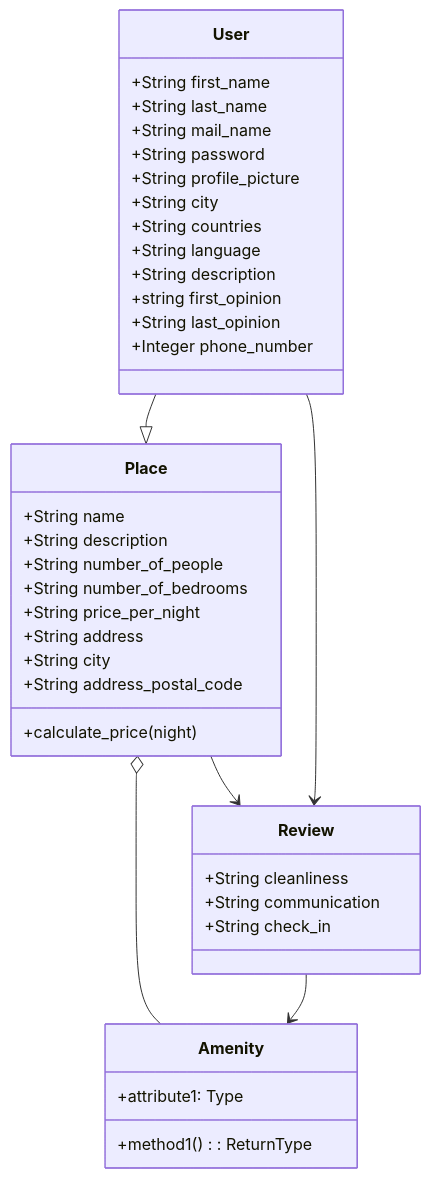
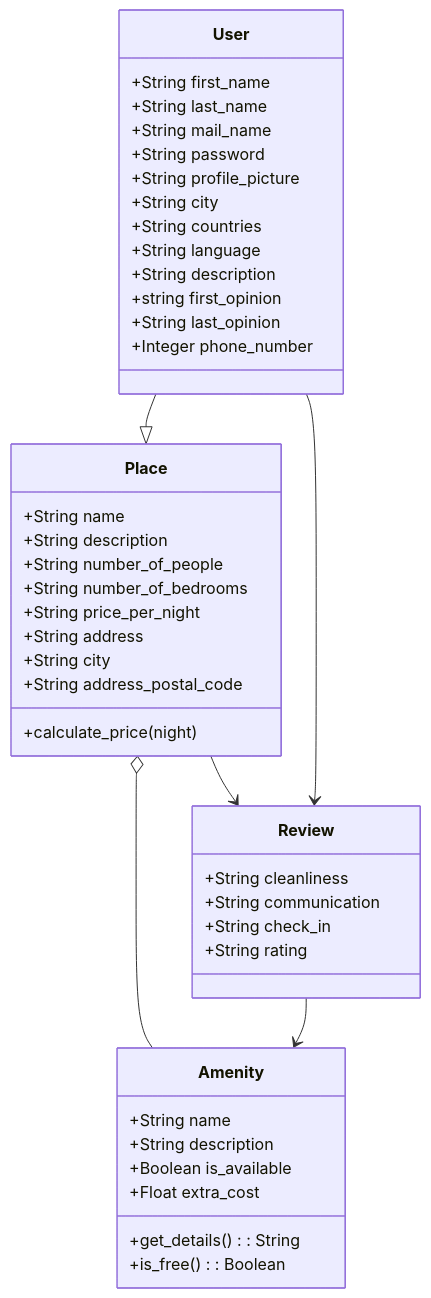
One commit to Sheynon/holbertonschool-hbnb changed the diagram in class Diagram.mmd. Above: the diagram before and after it, drawn with Mermaid.

Commit message:
class diagram

```diff
--- a/class Diagram.mmd
+++ b/class Diagram.mmd
@@ -1,41 +1,47 @@
 classDiagram
 class User {
     +String first_name
     +String last_name
     +String mail_name
     +String password
     +String profile_picture
     +String city
     +String countries
     +String language
     +String description
     +string first_opinion
     +String last_opinion
     +Integer phone_number
 }
 class Place {
     +String name
     +String description
     +String number_of_people
     +String number_of_bedrooms
     +String price_per_night
     +String address
     +String city
     +String address_postal_code
 
     +calculate_price(night)
 }
 class Review {
     +String cleanliness
     +String communication
     +String check_in
+    +String rating
 }
 class Amenity {
-    +attribute1: Type
-    +method1(): ReturnType
+    +String name
+    +String description
+    +Boolean is_available
+    +Float extra_cost
+
+    +get_details(): String
+    +is_free(): Boolean
 }
 User --|> Place 
 User --> Review  
 Place o--Amenity
 Place --> Review 
 Review --> Amenity 
```
